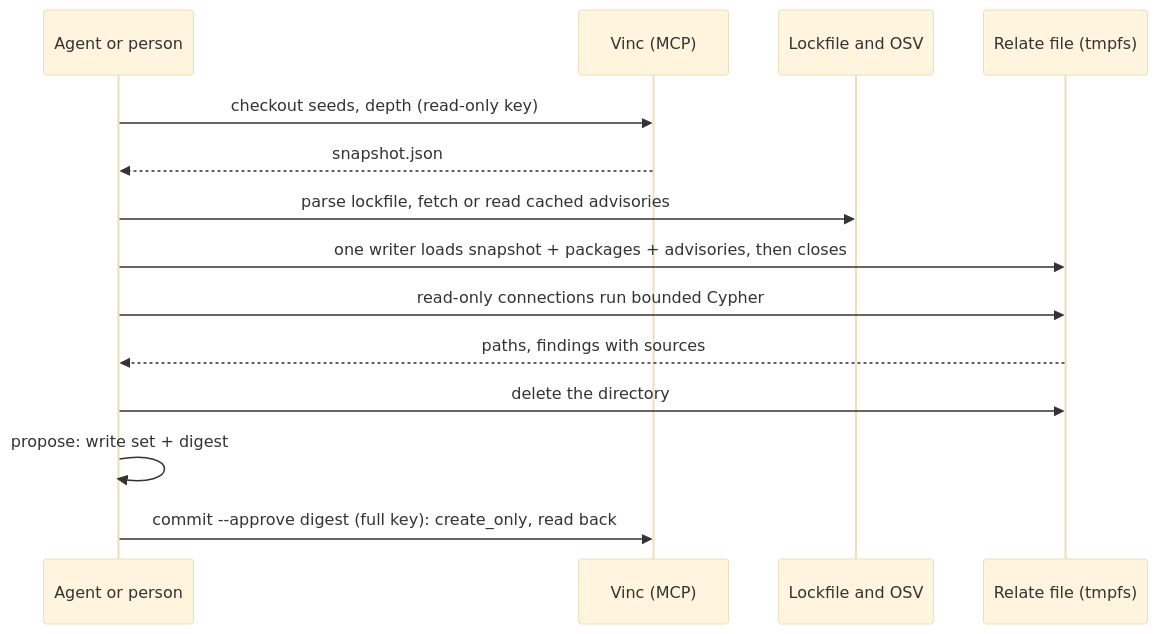
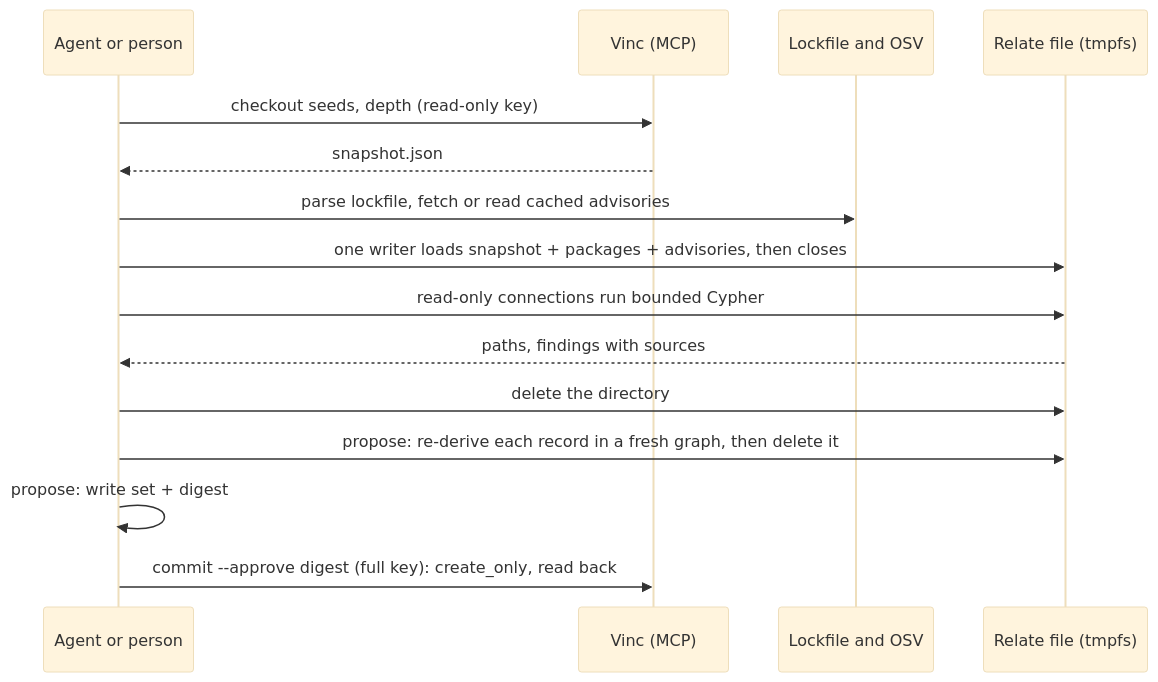
One commit to Vinculums/decisis changed the diagram in docs/architecture.md. Above: the diagram before and after it, drawn with Mermaid (base theme). The commit also changed other lines of this file and 11 other files, not shown here.

First line of the commit message:
fix(propose): derive every record again before the write set is shown (#24)

````diff
--- a/docs/architecture.md
+++ b/docs/architecture.md
@@ -9,16 +9,17 @@
 ```mermaid
 sequenceDiagram
     participant A as Agent or person
     participant V as Vinc (MCP)
     participant X as Lockfile and OSV
     participant R as Relate file (tmpfs)
     A->>V: checkout seeds, depth (read-only key)
     V-->>A: snapshot.json
     A->>X: parse lockfile, fetch or read cached advisories
     A->>R: one writer loads snapshot + packages + advisories, then closes
     A->>R: read-only connections run bounded Cypher
     R-->>A: paths, findings with sources
     A->>R: delete the directory
+    A->>R: propose: re-derive each record in a fresh graph, then delete it
     A->>A: propose: write set + digest
     A->>V: commit --approve digest (full key): create_only, read back
 ```
````
